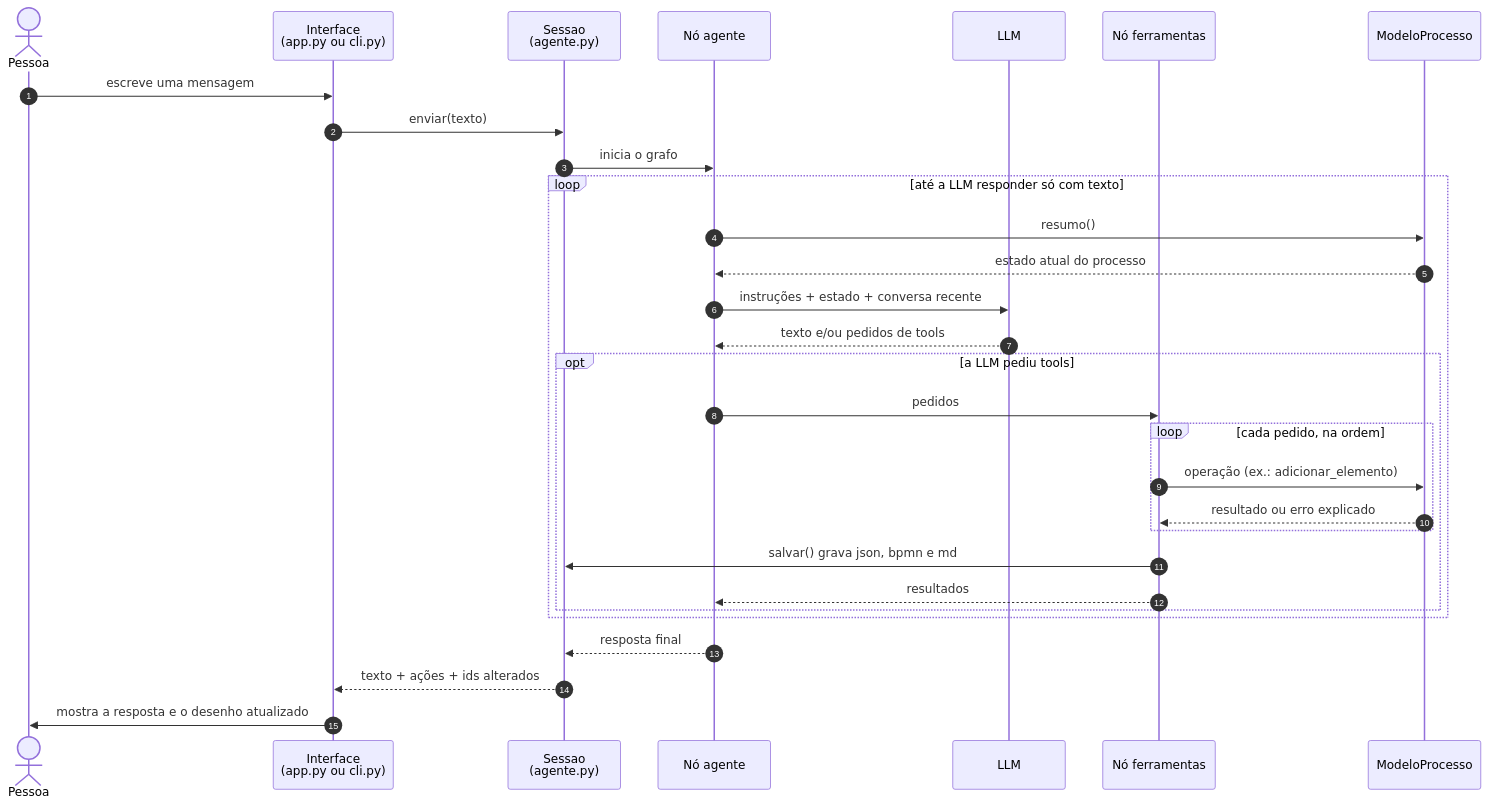
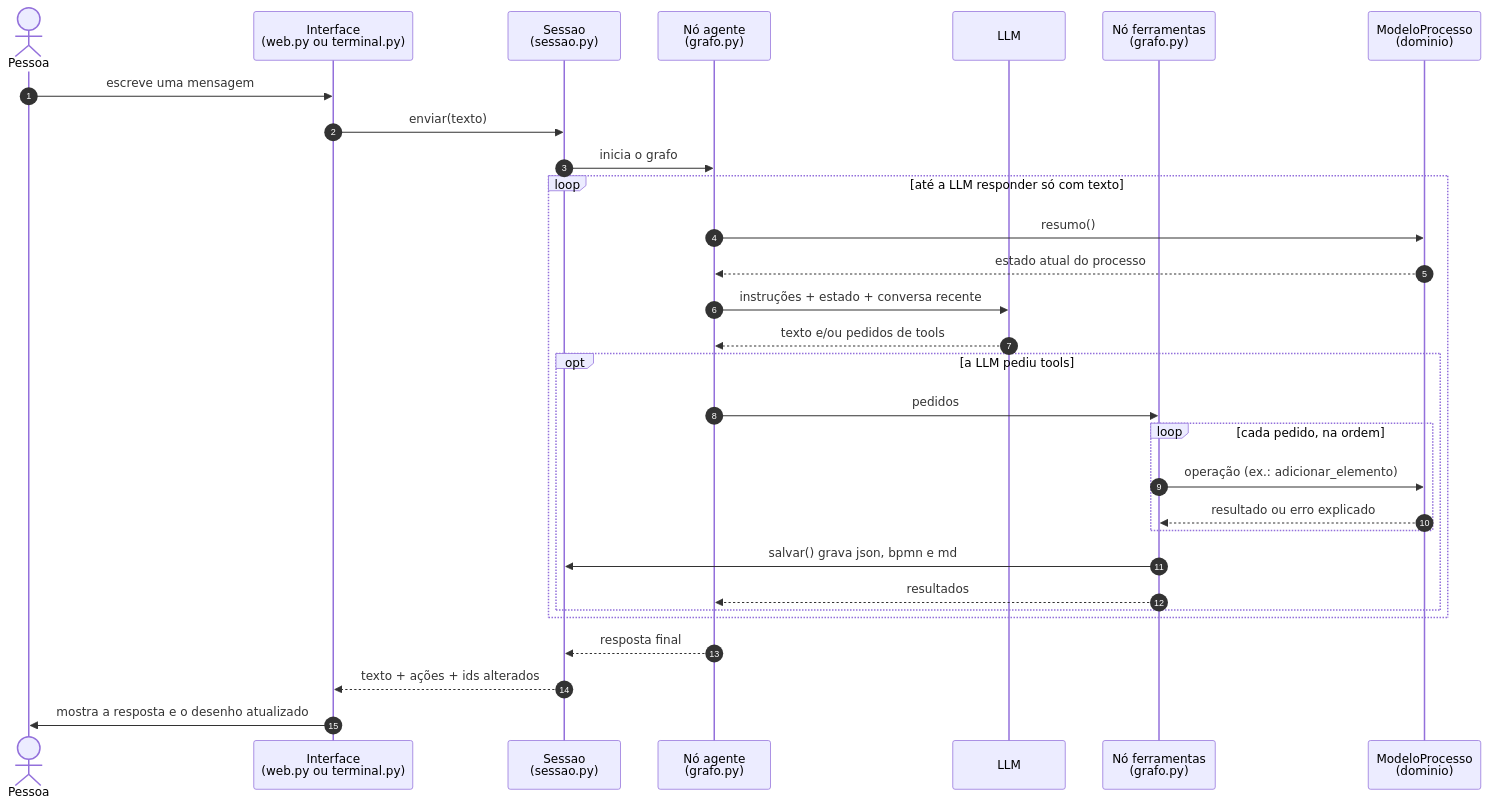
One commit to arthurparahyba/bpmn-agent changed the third of 4 diagrams in docs/README.md. Above: the diagram before and after it, drawn with Mermaid. The commit also changed other lines of this file and 16 other files, not shown here.

````diff
--- a/docs/README.md
+++ b/docs/README.md
@@ -103,33 +164,33 @@
 ```mermaid
 sequenceDiagram
     autonumber
     actor P as Pessoa
-    participant I as Interface<br/>(app.py ou cli.py)
-    participant S as Sessao<br/>(agente.py)
-    participant A as Nó agente
+    participant I as Interface<br/>(web.py ou terminal.py)
+    participant S as Sessao<br/>(sessao.py)
+    participant A as Nó agente<br/>(grafo.py)
     participant L as LLM
-    participant F as Nó ferramentas
-    participant M as ModeloProcesso
+    participant F as Nó ferramentas<br/>(grafo.py)
+    participant M as ModeloProcesso<br/>(dominio)
 
     P->>I: escreve uma mensagem
     I->>S: enviar(texto)
     S->>A: inicia o grafo
     loop até a LLM responder só com texto
         A->>M: resumo()
         M-->>A: estado atual do processo
         A->>L: instruções + estado + conversa recente
         L-->>A: texto e/ou pedidos de tools
         opt a LLM pediu tools
             A->>F: pedidos
             loop cada pedido, na ordem
                 F->>M: operação (ex.: adicionar_elemento)
                 M-->>F: resultado ou erro explicado
             end
             F->>S: salvar() grava json, bpmn e md
             F-->>A: resultados
         end
     end
     A-->>S: resposta final
     S-->>I: texto + ações + ids alterados
     I->>P: mostra a resposta e o desenho atualizado
 ```
````
